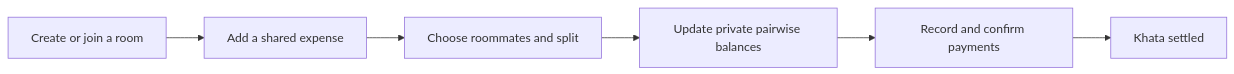
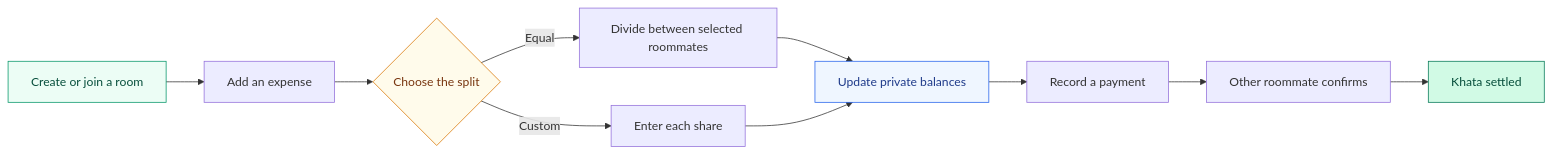
One commit to zain333ux/KhataKholo changed the diagram in README.md. Above: the diagram before and after it, drawn with Mermaid. The commit also changed other lines of this file, not shown here.

````diff
--- a/README.md
+++ b/README.md
@@ -50,8 +83,17 @@
 ```mermaid
 flowchart LR
-    A["Create or join a room"] --> B["Add a shared expense"]
-    B --> C["Choose roommates and split"]
-    C --> D["Update private pairwise balances"]
-    D --> E["Record and confirm payments"]
-    E --> F["Khata settled"]
+    A["Create or join a room"] --> B["Add an expense"]
+    B --> C{"Choose the split"}
+    C -->|Equal| D["Divide between selected roommates"]
+    C -->|Custom| E["Enter each share"]
+    D --> F["Update private balances"]
+    E --> F
+    F --> G["Record a payment"]
+    G --> H["Other roommate confirms"]
+    H --> I["Khata settled"]
+
+    style A fill:#ECFDF5,stroke:#059669,color:#064E3B
+    style C fill:#FFFBEB,stroke:#D97706,color:#78350F
+    style F fill:#EFF6FF,stroke:#2563EB,color:#1E3A8A
+    style I fill:#D1FAE5,stroke:#047857,color:#064E3B
 ```
````
